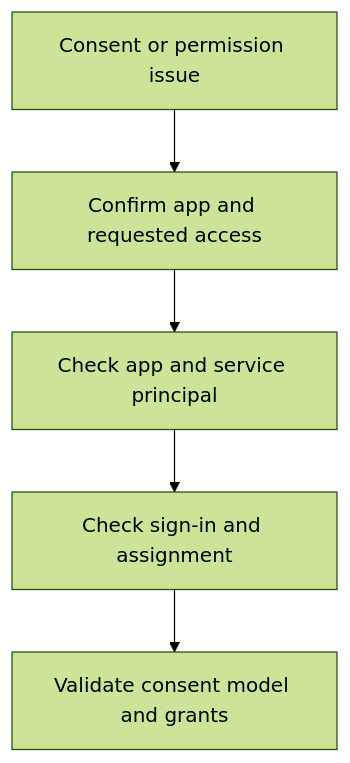
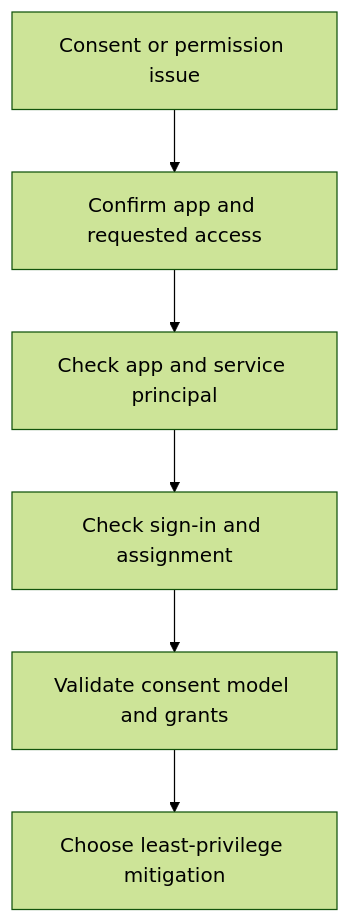
One commit to yeongseon/azure-entra-id-practical-guide changed the diagram in docs/troubleshooting/playbooks/app-permission-consent-issues.md. Above: the diagram before and after it, drawn with Mermaid (forest theme). The commit also changed other lines of this file and 29 other files, not shown here.

````diff
--- a/docs/troubleshooting/playbooks/app-permission-consent-issues.md
+++ b/docs/troubleshooting/playbooks/app-permission-consent-issues.md
@@ -19,7 +40,8 @@
 ```mermaid
 flowchart TD
     A[Consent or permission issue] --> B[Confirm app and requested access]
     B --> C[Check app and service principal]
     C --> D[Check sign-in and assignment]
     D --> E[Validate consent model and grants]
+    E --> F[Choose least-privilege mitigation]
 ```
````
